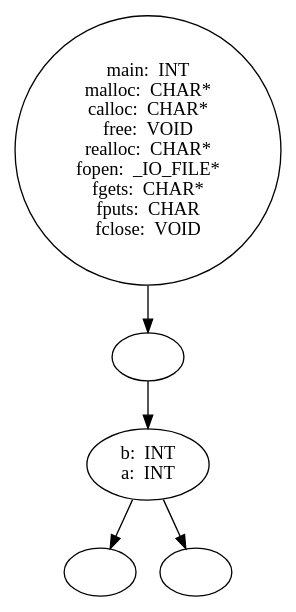
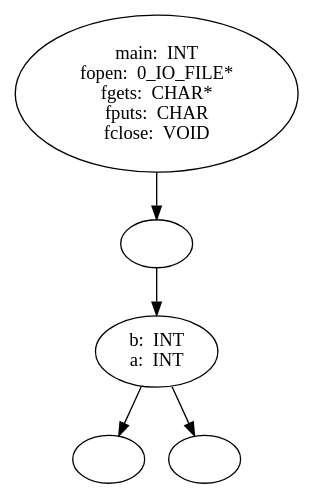
One commit to Are-you-listening/Compilers changed the diagram in example_source_files/30_switch/30_switch_table.dot. Above: the diagram before and after it, drawn with Graphviz. The commit also changed 413 other files, not shown here.

```diff
--- a/example_source_files/30_switch/30_switch_table.dot
+++ b/example_source_files/30_switch/30_switch_table.dot
@@ -1,20 +1,16 @@
 digraph AST {
-  "138081630261248" [label="main:  INT
-malloc:  CHAR*
-calloc:  CHAR*
-free:  VOID
-realloc:  CHAR*
-fopen:  _IO_FILE*
+  "131879695791104" [label="main:  INT
+fopen:  0_IO_FILE*
 fgets:  CHAR*
 fputs:  CHAR
 fclose:  VOID"];
-  "138081630261248" -> "138081630267296";
-  "138081630267296" [label=""];
-  "138081630267296" -> "138081630257936";
-  "138081630257936" [label="b:  INT
+  "131879695791104" -> "131879695778336";
+  "131879695778336" [label=""];
+  "131879695778336" -> "131879695680224";
+  "131879695680224" [label="b:  INT
 a:  INT"];
-  "138081630257936" -> "138081630273248";
-  "138081630257936" -> "138081630271184";
-  "138081630273248" [label=""];
-  "138081630271184" [label=""];
+  "131879695680224" -> "131879696010736";
+  "131879695680224" -> "131879696016016";
+  "131879696010736" [label=""];
+  "131879696016016" [label=""];
 }
```
